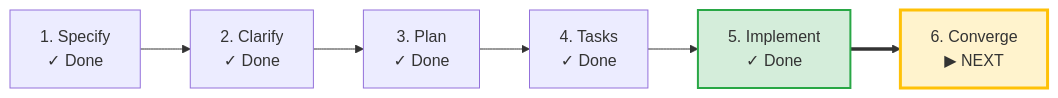
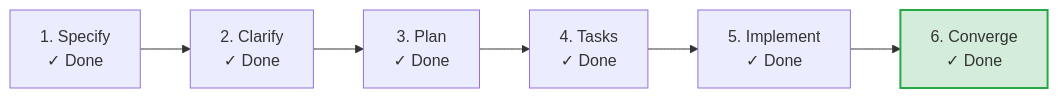
The diagram in specs/003-lifecycle-title-resolution/lifecycle.md (k-electron/speckitplus), drawn with Mermaid before and after one commit. The commit also changed other lines of this file and 2 other files, not shown here.

Commit message:
chore(003): converge lifecycle title resolution and pre-hook spec bootstrapping (#1)

````diff
--- a/specs/003-lifecycle-title-resolution/lifecycle.md
+++ b/specs/003-lifecycle-title-resolution/lifecycle.md
@@ -87,10 +96,9 @@
 ```mermaid
 graph LR
     S["1. Specify<br/>✓ Done"] --> C["2. Clarify<br/>✓ Done"]
     C --> P["3. Plan<br/>✓ Done"]
     P --> T["4. Tasks<br/>✓ Done"]
     T --> I["5. Implement<br/>✓ Done"]
-    I ==> V["6. Converge<br/>▶ NEXT"]
-    style I fill:#d4edda,stroke:#28a745,stroke-width:2px
-    style V fill:#fff3cd,stroke:#ffc107,stroke-width:3px
+    I --> V["6. Converge<br/>✓ Done"]
+    style V fill:#d4edda,stroke:#28a745,stroke-width:2px
 ```
````
